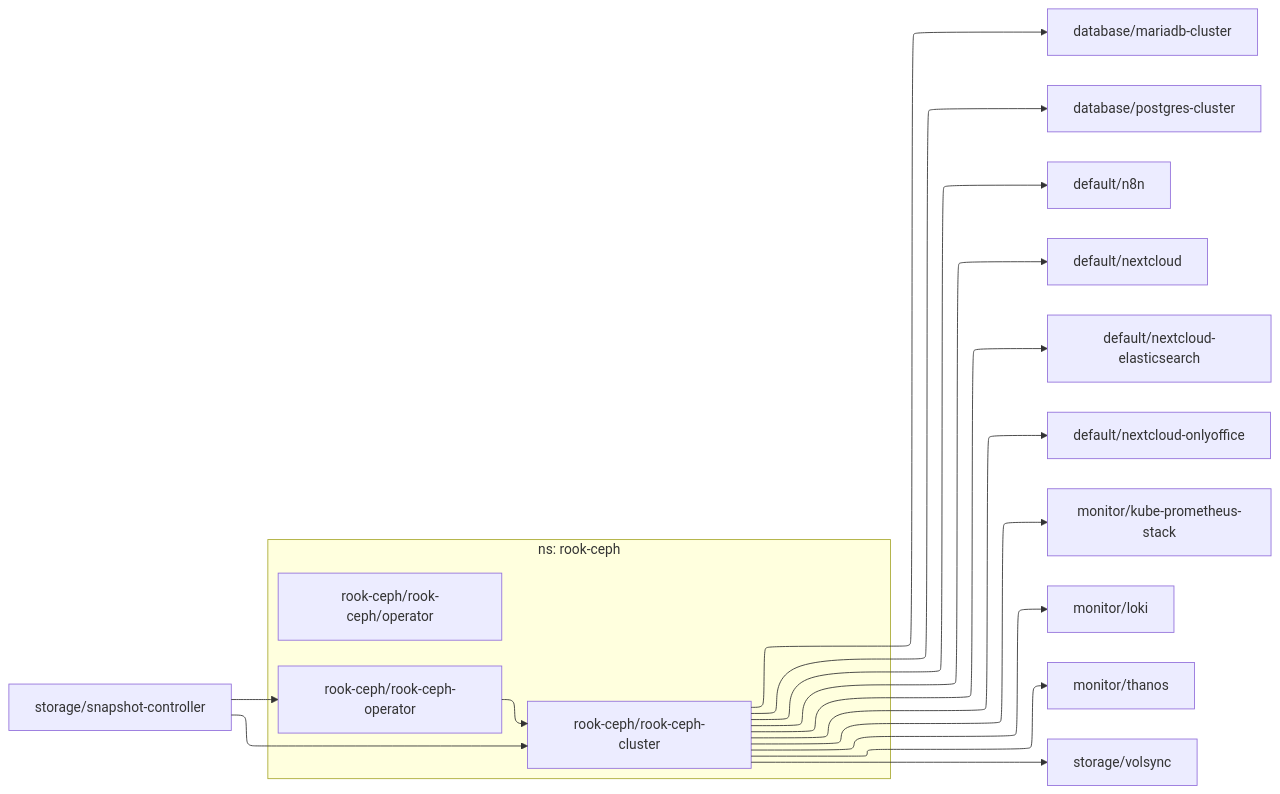
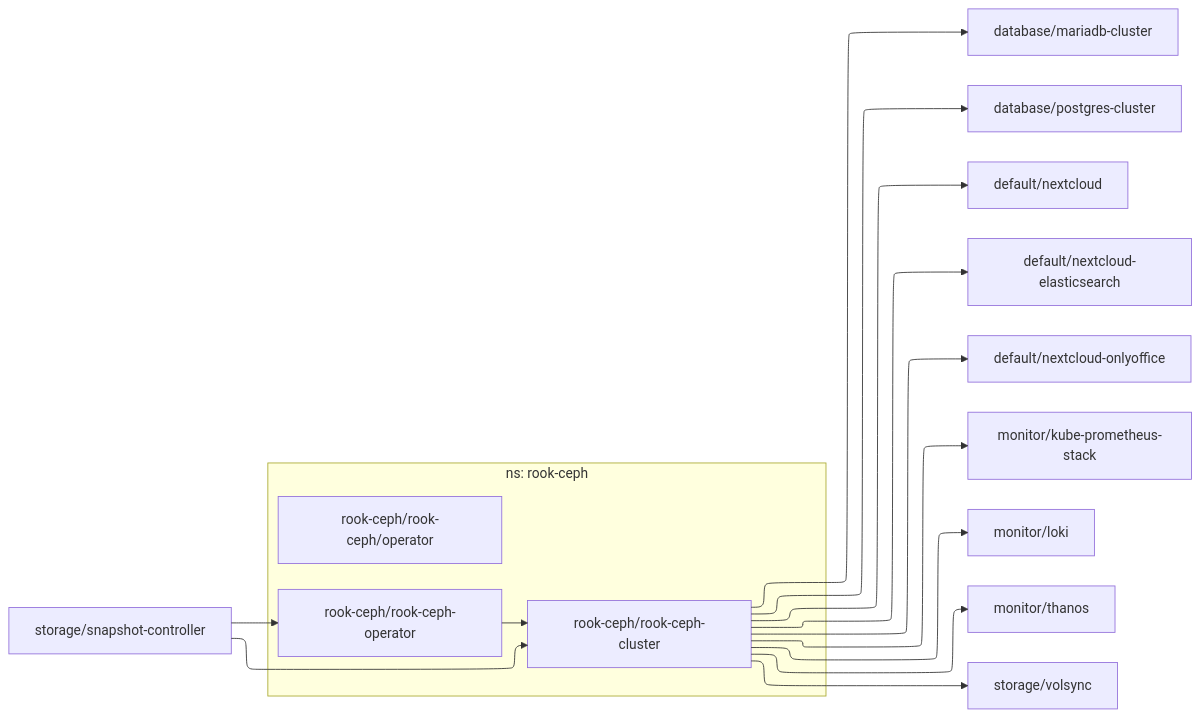
One commit to roblandry/home-ops changed the diagram in dependencies/DEPENDENCIES-rook-ceph.md. Above: the diagram before and after it, drawn with Mermaid. The commit also changed 13 other files, not shown here.

````diff
--- a/dependencies/DEPENDENCIES-rook-ceph.md
+++ b/dependencies/DEPENDENCIES-rook-ceph.md
@@ -1,25 +1,24 @@
 ```mermaid
 ---
 config:
   layout: elk
 ---
 flowchart LR
 
   subgraph "ns: rook-ceph"
     rook-ceph/rook-ceph-operator
     rook-ceph/rook-ceph/operator
     rook-ceph/rook-ceph-operator --> rook-ceph/rook-ceph-cluster
   end
   rook-ceph/rook-ceph-cluster --> database/mariadb-cluster
   rook-ceph/rook-ceph-cluster --> database/postgres-cluster
-  rook-ceph/rook-ceph-cluster --> default/n8n
   rook-ceph/rook-ceph-cluster --> default/nextcloud
   rook-ceph/rook-ceph-cluster --> default/nextcloud-elasticsearch
   rook-ceph/rook-ceph-cluster --> default/nextcloud-onlyoffice
   rook-ceph/rook-ceph-cluster --> monitor/kube-prometheus-stack
   rook-ceph/rook-ceph-cluster --> monitor/loki
   rook-ceph/rook-ceph-cluster --> monitor/thanos
   rook-ceph/rook-ceph-cluster --> storage/volsync
   storage/snapshot-controller --> rook-ceph/rook-ceph-cluster
   storage/snapshot-controller --> rook-ceph/rook-ceph-operator
 ```
````
